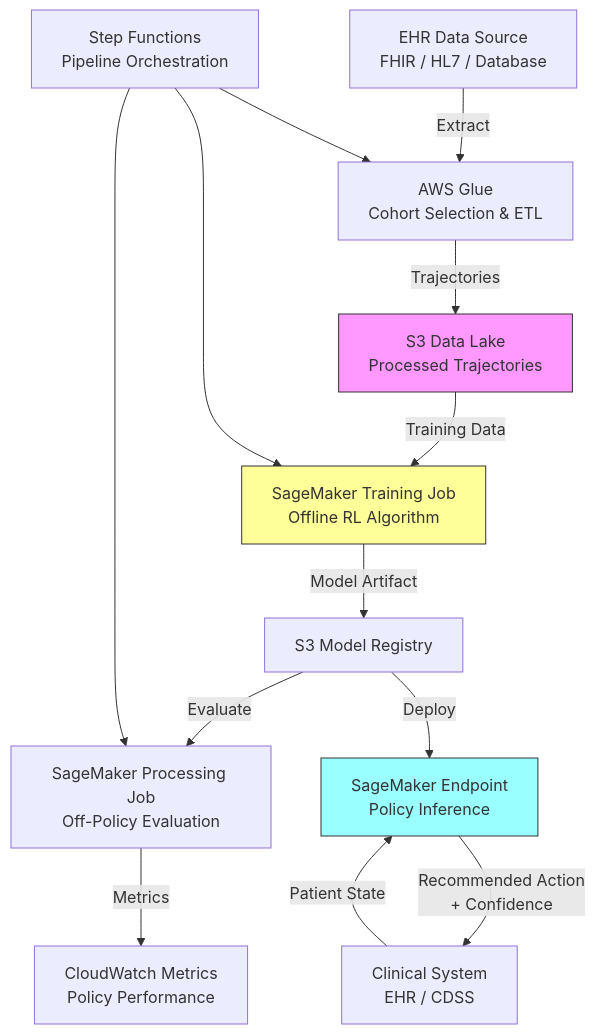
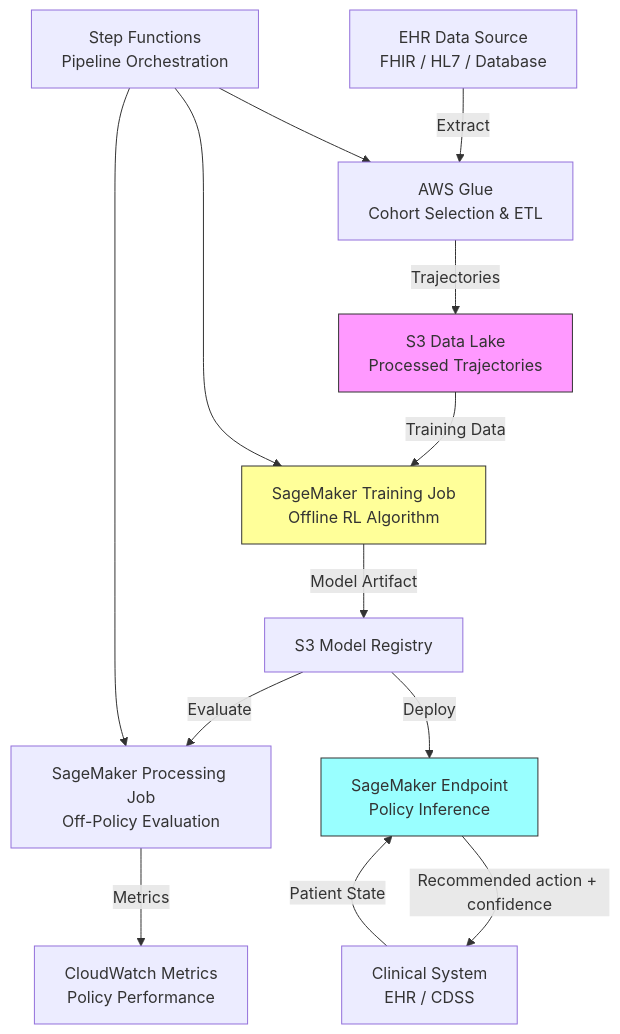
Before and after one commit to ccrngd1/HCLS-ai-book: the diagram in chapter15.04-architecture.md, drawn with Mermaid. The commit also changed other lines of this file and 185 other files, not shown here.

````diff
--- a/chapter15.04-architecture.md
+++ b/chapter15.04-architecture.md
@@ -27,21 +27,21 @@
 ```mermaid
 flowchart TD
-    A[EHR Data Source\nFHIR / HL7 / Database] -->|Extract| B[AWS Glue\nCohort Selection & ETL]
-    B -->|Trajectories| C[S3 Data Lake\nProcessed Trajectories]
-    C -->|Training Data| D[SageMaker Training Job\nOffline RL Algorithm]
+    A[EHR Data Source<br/>FHIR / HL7 / Database] -->|Extract| B[AWS Glue<br/>Cohort Selection & ETL]
+    B -->|Trajectories| C[S3 Data Lake<br/>Processed Trajectories]
+    C -->|Training Data| D[SageMaker Training Job<br/>Offline RL Algorithm]
     D -->|Model Artifact| E[S3 Model Registry]
-    E -->|Evaluate| F[SageMaker Processing Job\nOff-Policy Evaluation]
-    F -->|Metrics| G[CloudWatch Metrics\nPolicy Performance]
-    E -->|Deploy| H[SageMaker Endpoint\nPolicy Inference]
+    E -->|Evaluate| F[SageMaker Processing Job<br/>Off-Policy Evaluation]
+    F -->|Metrics| G[CloudWatch Metrics<br/>Policy Performance]
+    E -->|Deploy| H[SageMaker Endpoint<br/>Policy Inference]
     
-    I[Clinical System\nEHR / CDSS] -->|Patient State| H
-    H -->|Recommended Action\n+ Confidence| I
+    I[Clinical System<br/>EHR / CDSS] -->|Patient State| H
+    H -->|"Recommended action + confidence"| I
     
-    J[Step Functions\nPipeline Orchestration] --> B
+    J[Step Functions<br/>Pipeline Orchestration] --> B
     J --> D
     J --> F
 
     style C fill:#f9f,stroke:#333
     style D fill:#ff9,stroke:#333
     style H fill:#9ff,stroke:#333
 ```
````
